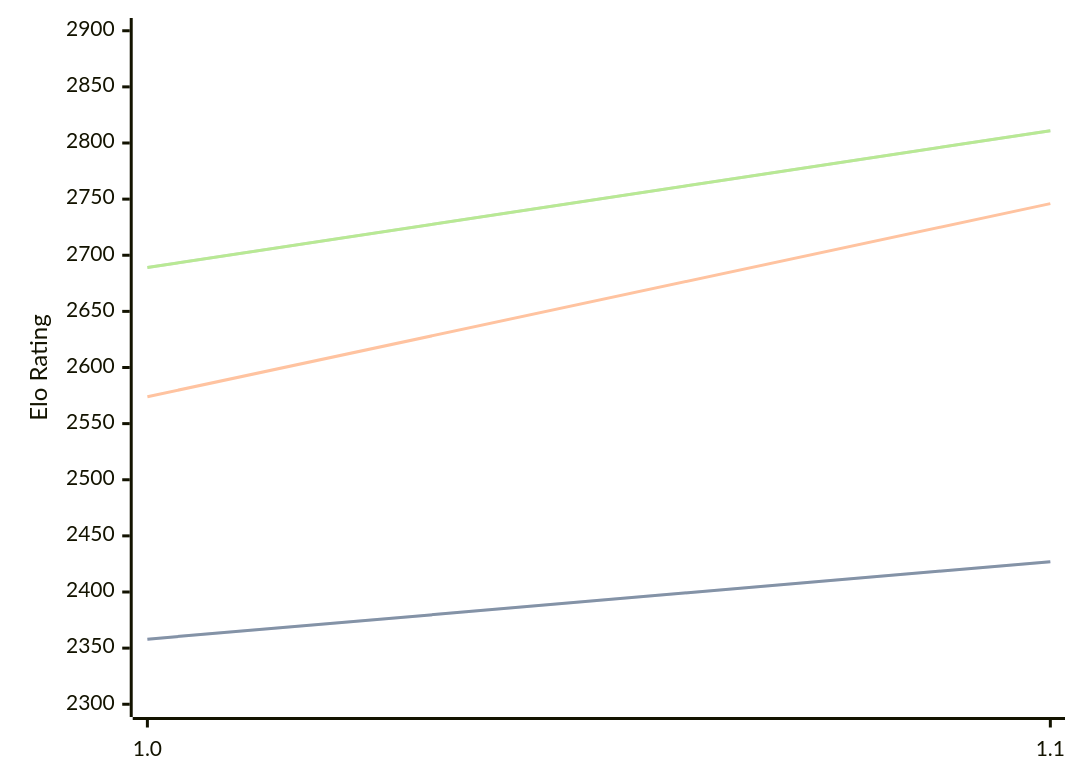
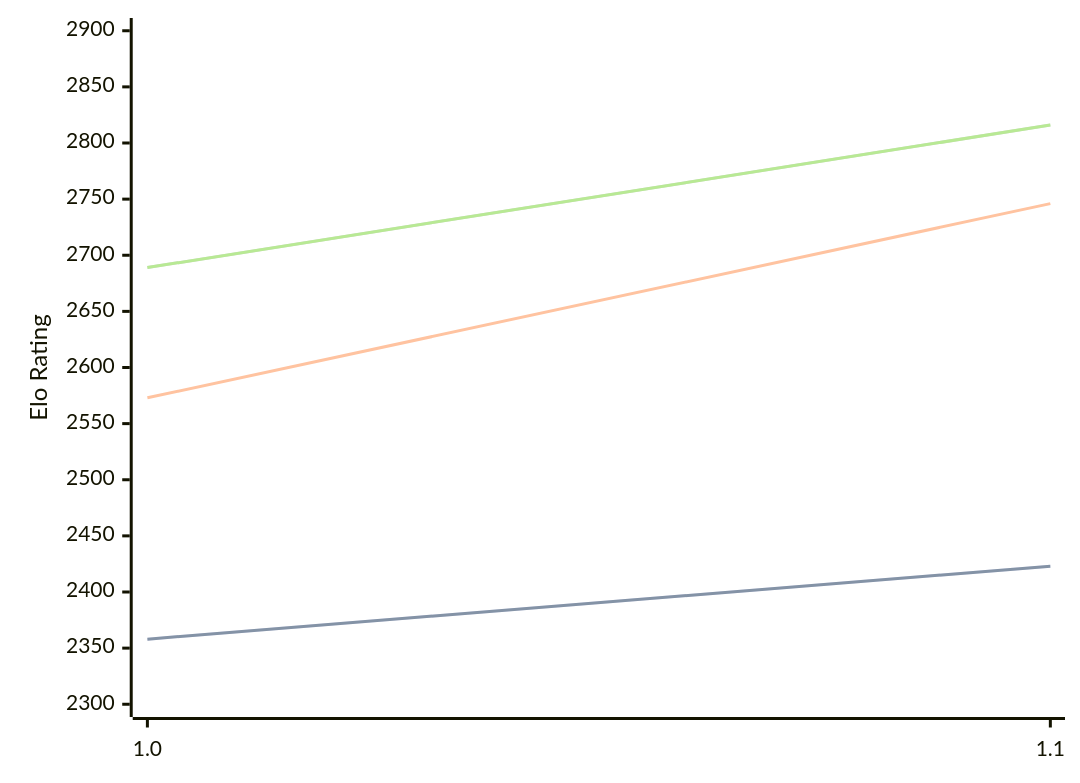
One commit to computer-chess-index/cci changed the diagram in engines/FoxChess.md. Above: the diagram before and after it, drawn with Mermaid. The commit also changed other lines of this file, not shown here.

Commit message:
Update CCI Ratings (ELO VLTC) - 2026-04-27

````diff
--- a/engines/FoxChess.md
+++ b/engines/FoxChess.md
@@ -32,11 +32,11 @@
 ```mermaid
 %%{init: {"theme":"base","themeVariables":{"seriesColors:['#a3a3a3','#222221','#faa371']}}}%%
 xychart-beta
   x-axis ["1.0", "1.1"]
   y-axis "Elo Rating" 2300 --> 2900
-  line "STC (8.0+0.08s)" [2358, 2427]
-  line "STC (8.0+0.08s)" [2358, 2427]
-  line "LTC (60.0+0.60s)" [2574, 2746]
-  line "VLTC (2m24s+1.12s)" [2689, 2811]
-  line "VLTC (2m24s+1.12s)" [2689, 2811]
+  line "STC (8.0+0.08s)" [2358, 2423]
+  line "STC (8.0+0.08s)" [2358, 2423]
+  line "LTC (60.0+0.60s)" [2573, 2746]
+  line "VLTC (2m24s+1.12s)" [2689, 2816]
+  line "VLTC (2m24s+1.12s)" [2689, 2816]
 ```
````
